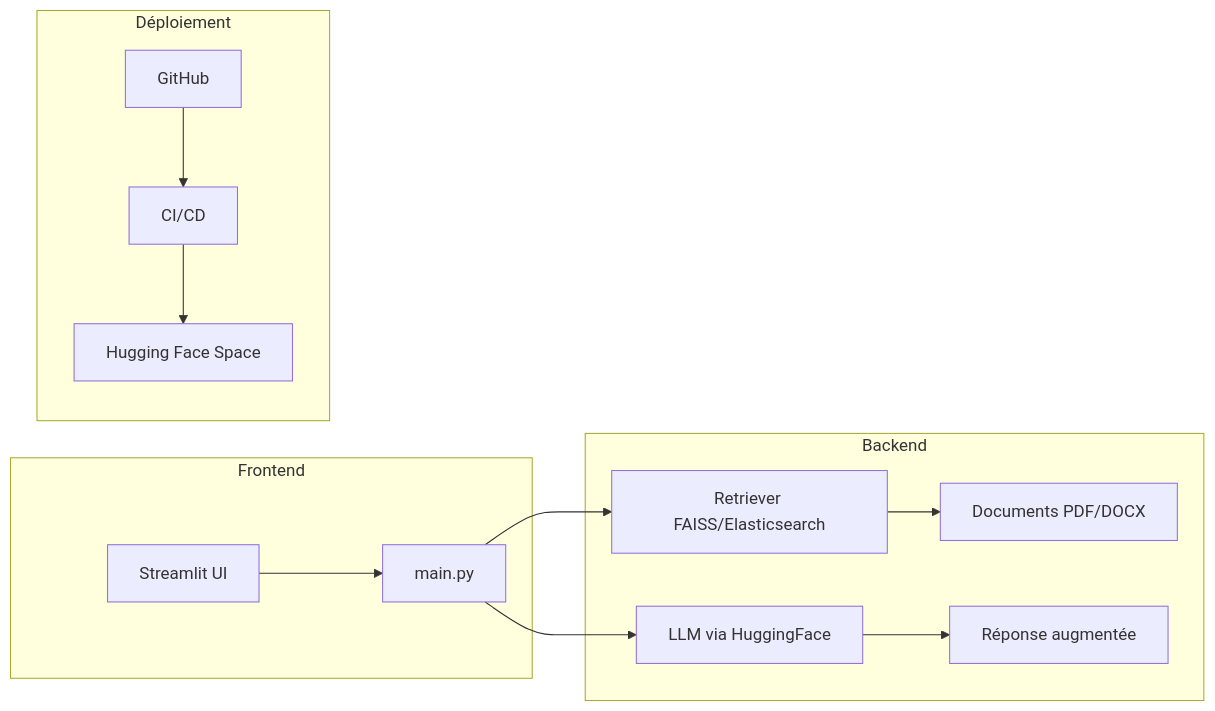
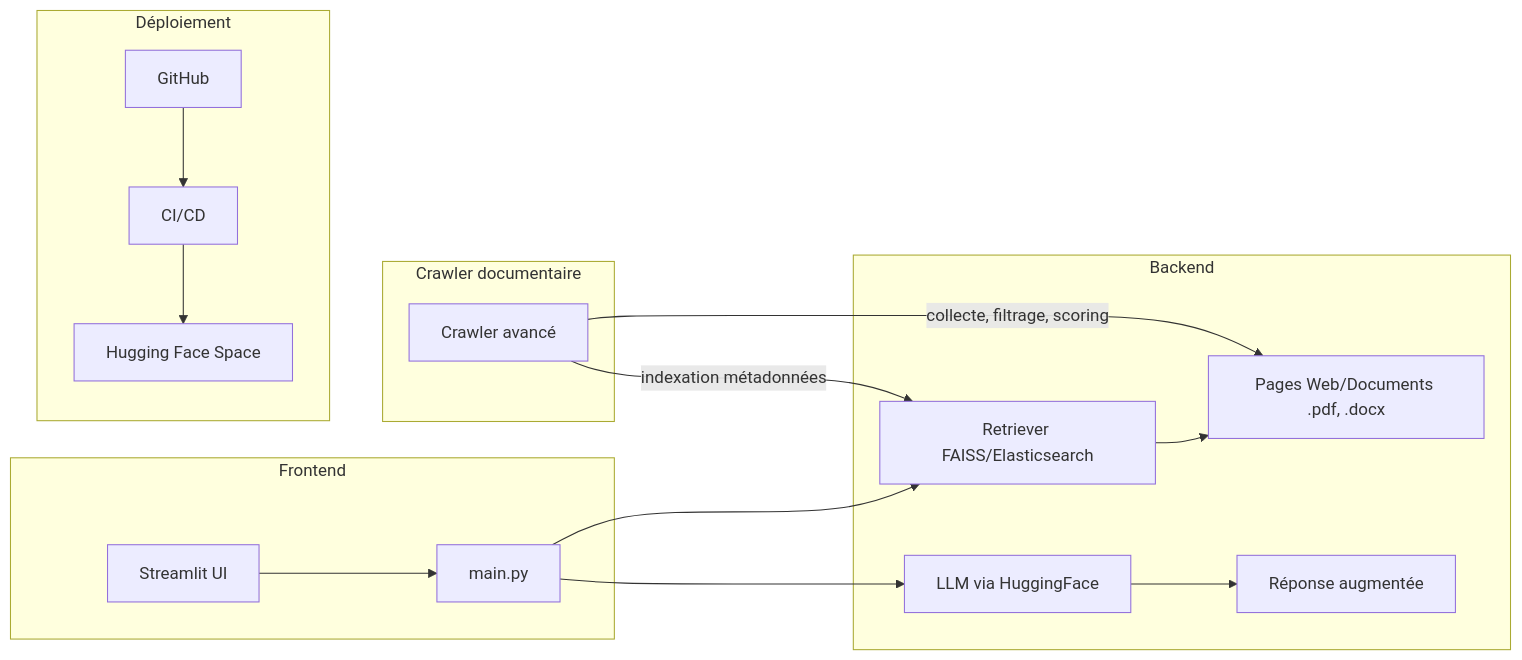
Before and after one commit to armelsoubeiga/agroRAG: the diagram in README.md, drawn with Mermaid. The commit also changed 6 other files, not shown here.

````diff
--- a/README.md
+++ b/README.md
@@ -19,18 +18,23 @@
 ```mermaid
 graph LR
     subgraph Frontend
         A[Streamlit UI] --> B[main.py]
     end
 
     subgraph Backend
         B --> C[Retriever FAISS/Elasticsearch]
-        C --> D[Documents PDF/DOCX]
+        C --> D[Pages Web/Documents .pdf, .docx]
         B --> E[LLM via HuggingFace]
         E --> F[Réponse augmentée]
+    end
+
+    subgraph "Crawler documentaire"
+        J[Crawler avancé] -- collecte, filtrage, scoring --> D
+        J -- indexation métadonnées --> C
     end
 
     subgraph Déploiement
         G[GitHub] --> H[CI/CD]
         H --> I[Hugging Face Space]
     end
 ```
````
